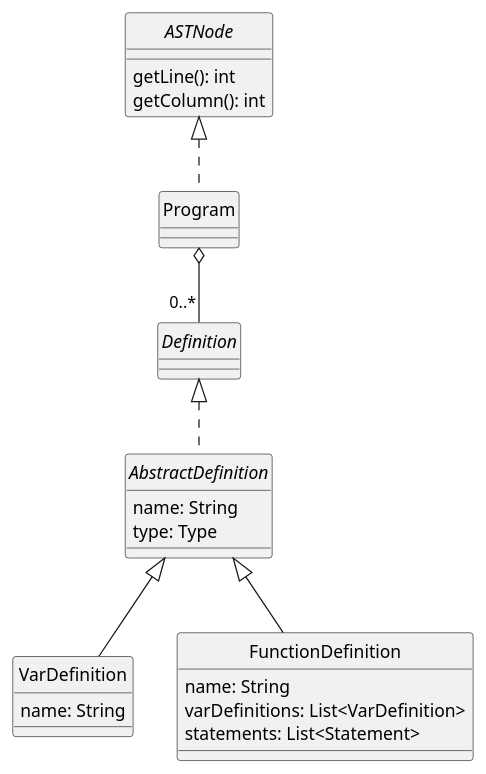
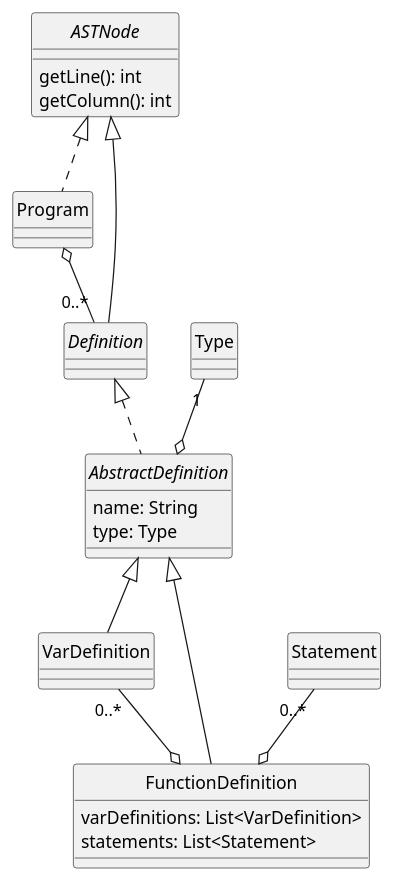
One commit to JonathanAriass/dlp-examen changed the diagram in docs/diagrams/program.plantuml. Above: the diagram before and after it, drawn with PlantUML. The commit also changed 14 other files, not shown here.

Commit message:
change expression and program UML; start classes implementation

```diff
--- a/docs/diagrams/program.plantuml
+++ b/docs/diagrams/program.plantuml
@@ -1,39 +1,40 @@
 @startuml Program
 skinparam style strictuml
 skinparam monochrome true
 
 
 interface ASTNode {
     getLine(): int
     getColumn(): int
 }
 
 class Program
 
-interface Definition {
+interface Definition extends ASTNode{
 }
 
 abstract class AbstractDefinition implements Definition {
     name: String
     type: Type
 }
 
 
 class VarDefinition extends AbstractDefinition {
-    name: String
-
 }
 
 class FunctionDefinition extends AbstractDefinition {
-    name: String
     varDefinitions: List<VarDefinition>
     statements: List<Statement>
 }
 
 
 ASTNode <|.. Program
 Program o-- "0..*" Definition
+VarDefinition "0..*" --o FunctionDefinition
+Statement "0..*" --o FunctionDefinition
+Type "1" --o AbstractDefinition
+
 
 
 
 @enduml
```
